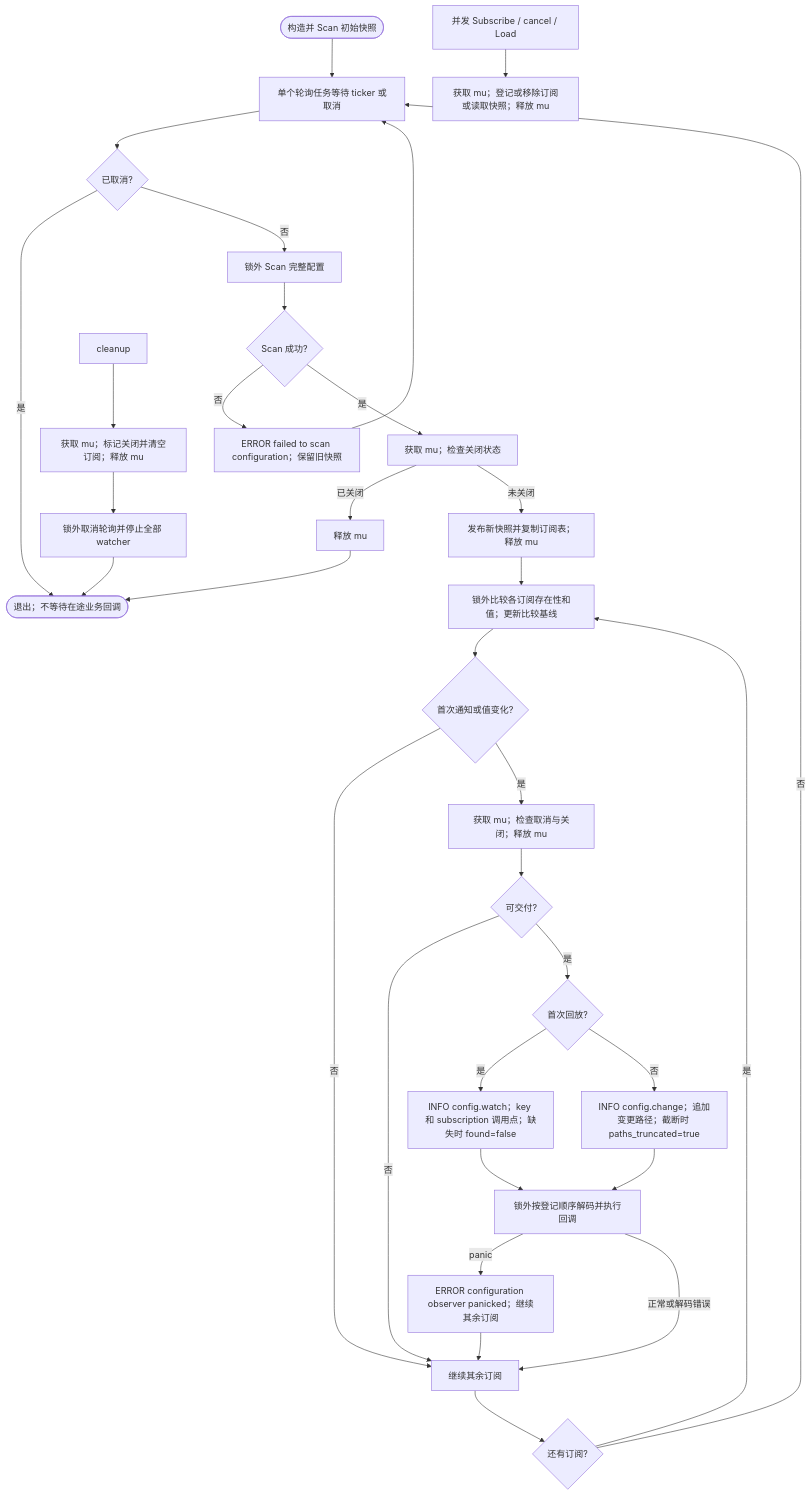
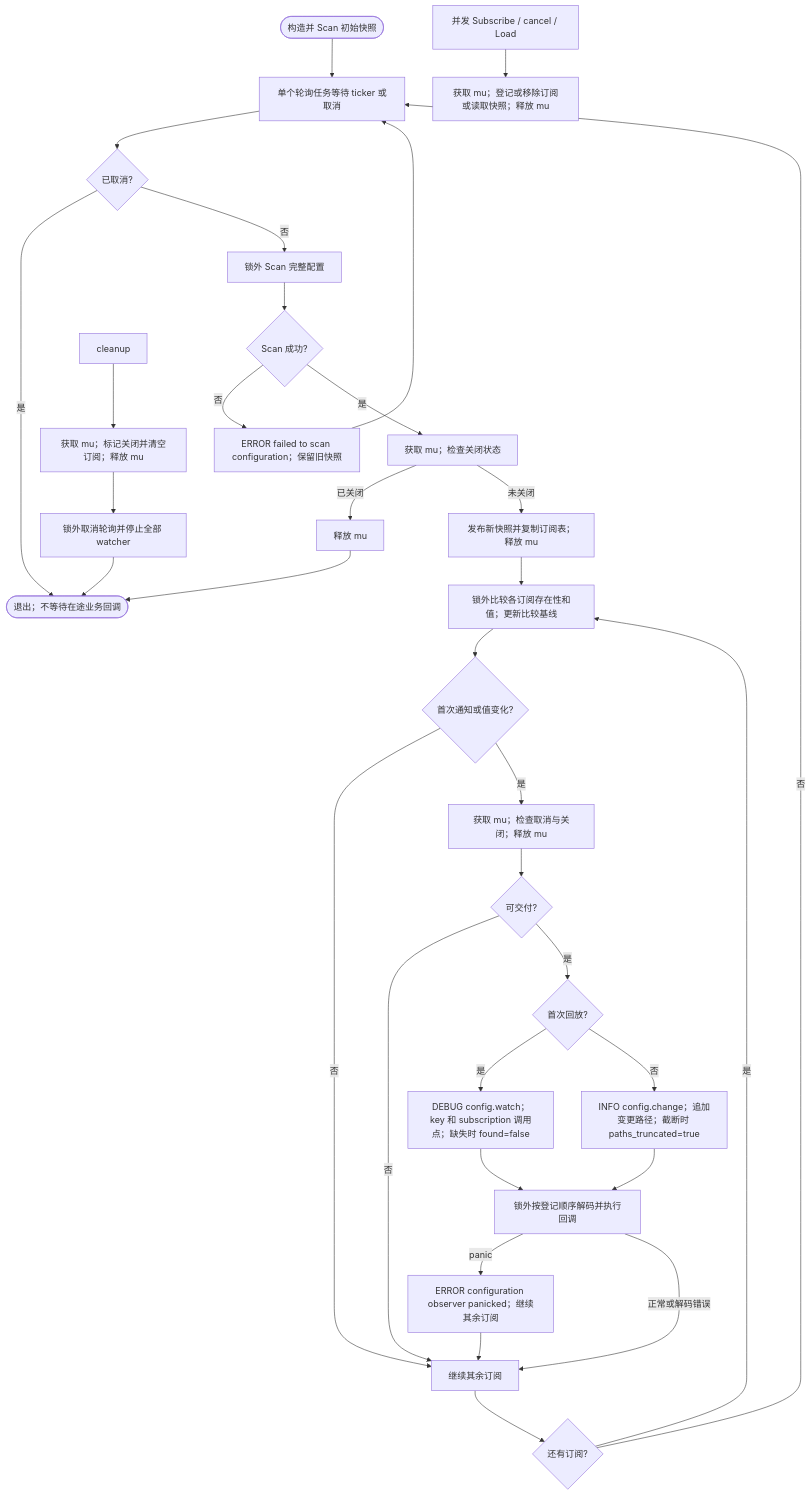
One commit to jaggerzhuang1994/kratos-foundation changed the second of 4 diagrams in pkg/config/README.md. Above: the diagram before and after it, drawn with Mermaid. The commit also changed other lines of this file and 204 other files, not shown here.

````diff
--- a/pkg/config/README.md
+++ b/pkg/config/README.md
@@ -149,35 +149,35 @@
 ```mermaid
 flowchart TD
  A([构造并 Scan 初始快照]) --> B[单个轮询任务等待 ticker 或取消]
  B --> C{已取消?}
  C -- 是 --> Z([退出；不等待在途业务回调])
  C -- 否 --> D[锁外 Scan 完整配置]
  D --> E{Scan 成功?}
  E -- 否 --> F[ERROR failed to scan configuration；保留旧快照]
  F --> B
  E -- 是 --> G[获取 mu；检查关闭状态]
  G -- 已关闭 --> G1[释放 mu]
  G1 --> Z
  G -- 未关闭 --> H[发布新快照并复制订阅表；释放 mu]
  H --> I[锁外比较各订阅存在性和值；更新比较基线]
  I --> J{首次通知或值变化?}
  J -- 否 --> O
  J -- 是 --> K[获取 mu；检查取消与关闭；释放 mu]
  K --> L{可交付?}
  L -- 否 --> O
  L -- 是 --> L1{首次回放?}
- L1 -- 是 --> L2[INFO config.watch；key 和 subscription 调用点；缺失时 found=false]
+ L1 -- 是 --> L2[DEBUG config.watch；key 和 subscription 调用点；缺失时 found=false]
  L1 -- 否 --> L3[INFO config.change；追加变更路径；截断时 paths_truncated=true]
  L2 --> M
  L3 --> M[锁外按登记顺序解码并执行回调]
  M -- panic --> N[ERROR configuration observer panicked；继续其余订阅]
  M -- 正常或解码错误 --> O[继续其余订阅]
  N --> O
  O --> U{还有订阅?}
  U -- 是 --> I
  U -- 否 --> B
  P[并发 Subscribe / cancel / Load] --> Q[获取 mu；登记或移除订阅或读取快照；释放 mu]
  R[cleanup] --> S[获取 mu；标记关闭并清空订阅；释放 mu]
  S --> T[锁外取消轮询并停止全部 watcher]
  T --> Z
 ```
````
